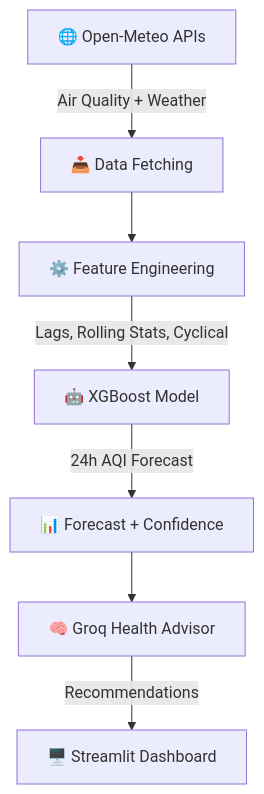
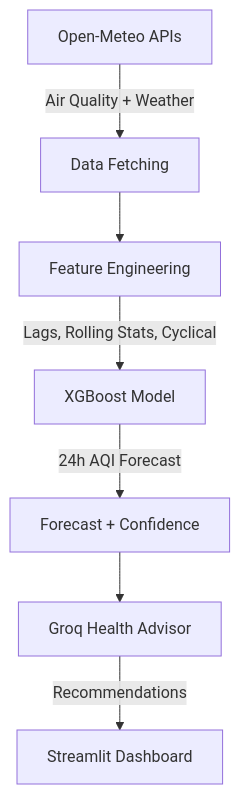
The diagram in README.md (yach26/AQI-Forecast-Health-Advisor-Mumbai), drawn with Mermaid before and after one commit. The commit also changed other lines of this file, not shown here.

Commit message:
Update project architecture and model performance metrics

````diff
--- a/README.md
+++ b/README.md
@@ -54,9 +54,9 @@
 ```mermaid
 flowchart TD
-    A["🌐 Open-Meteo APIs"] -->|Air Quality + Weather| B["📥 Data Fetching"]
-    B --> C["⚙️ Feature Engineering"]
-    C -->|Lags, Rolling Stats, Cyclical| D["🤖 XGBoost Model"]
-    D -->|24h AQI Forecast| E["📊 Forecast + Confidence"]
-    E --> F["🧠 Groq Health Advisor"]
-    F -->|Recommendations| G["🖥️ Streamlit Dashboard"]
+    A["Open-Meteo APIs"] -->|Air Quality + Weather| B["Data Fetching"]
+    B --> C["Feature Engineering"]
+    C -->|Lags, Rolling Stats, Cyclical| D["XGBoost Model"]
+    D -->|24h AQI Forecast| E["Forecast + Confidence"]
+    E --> F["Groq Health Advisor"]
+    F -->|Recommendations| G["Streamlit Dashboard"]
 ```
````
